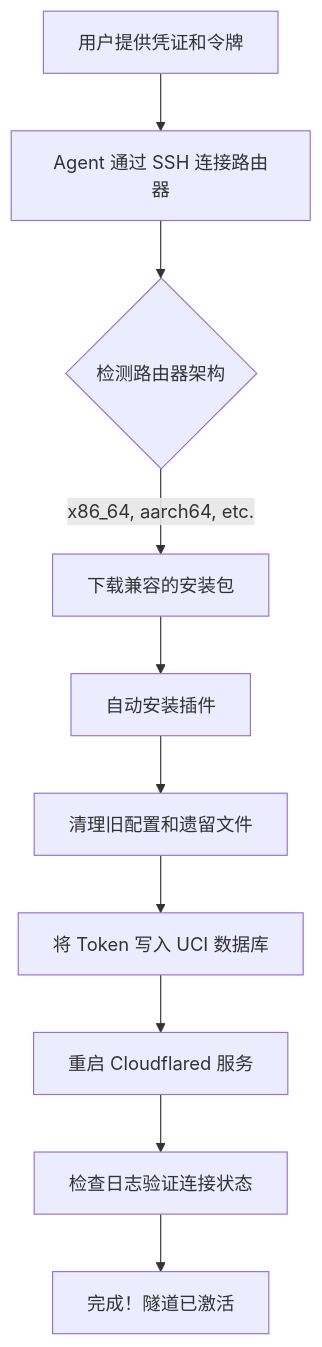
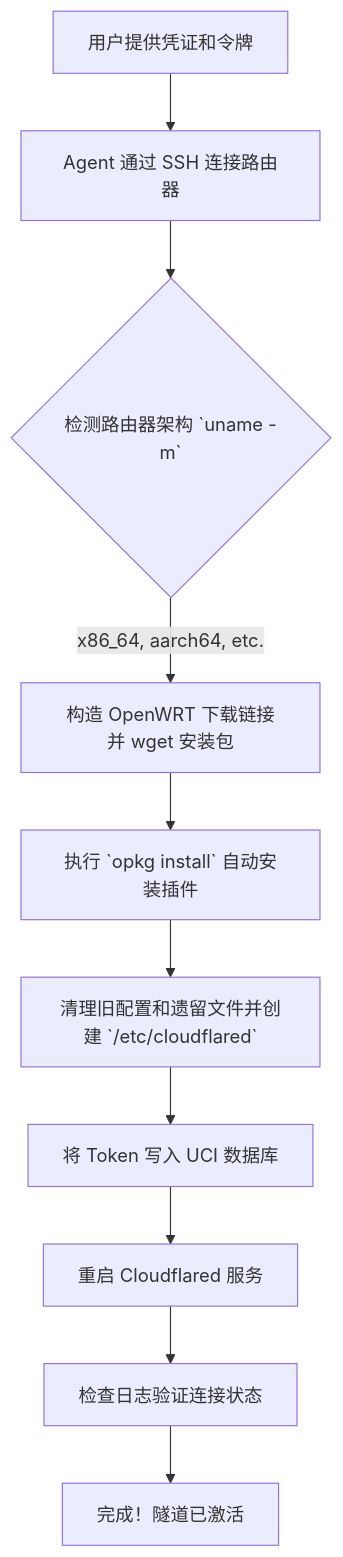
The diagram in README_zh.md (takedwind/cloudflare-tunnel-istoreos-skill), drawn with Mermaid before and after one commit. The commit also changed other lines of this file and 2 other files, not shown here.

Commit message:
docs: clarify dynamic ipk download and opkg install instructions

````diff
--- a/README_zh.md
+++ b/README_zh.md
@@ -9,12 +9,12 @@
 ```mermaid
 graph TD
     A[用户提供凭证和令牌] --> B[Agent 通过 SSH 连接路由器]
-    B --> C{检测路由器架构}
-    C -->|x86_64, aarch64, etc.| D[下载兼容的安装包]
-    D --> E[自动安装插件]
-    E --> F[清理旧配置和遗留文件]
+    B --> C{检测路由器架构 `uname -m`}
+    C -->|x86_64, aarch64, etc.| D[构造 OpenWRT 下载链接并 wget 安装包]
+    D --> E[执行 `opkg install` 自动安装插件]
+    E --> F[清理旧配置和遗留文件并创建 `/etc/cloudflared`]
     F --> G[将 Token 写入 UCI 数据库]
     G --> H[重启 Cloudflared 服务]
     H --> I[检查日志验证连接状态]
     I --> J[完成！隧道已激活]
 ```
````
